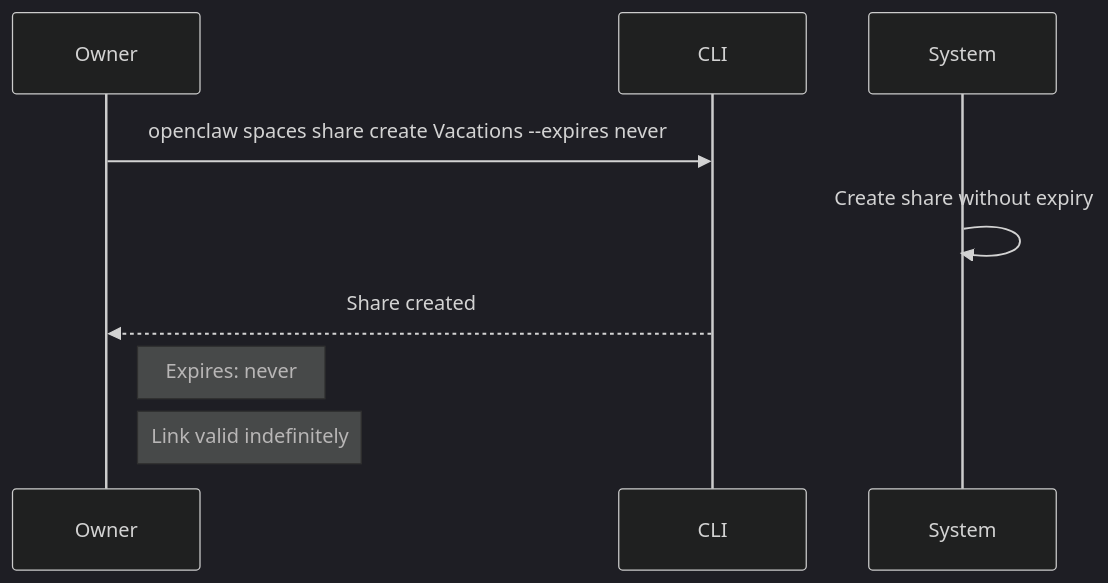
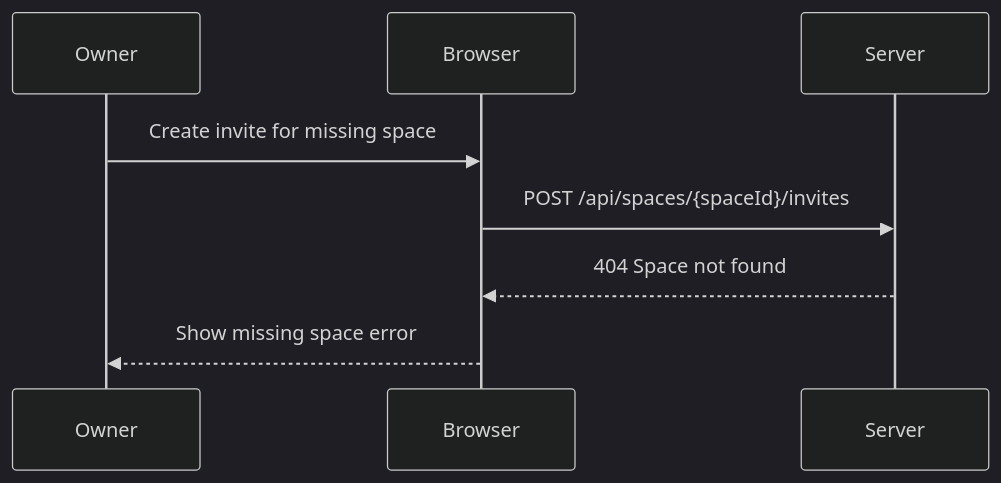
The fourth of 4 diagrams in docs/flows/02-share-space.md (jchadwick/ai-spaces), drawn with Mermaid (dark theme) before and after one commit. The commit also changed other lines of this file and 21 other files, not shown here.

````diff
--- a/docs/flows/02-share-space.md
+++ b/docs/flows/02-share-space.md
@@ -110,12 +66,11 @@
 ```mermaid
 sequenceDiagram
     participant Owner
-    participant CLI
-    participant System
-    
-    Owner->>CLI: openclaw spaces share create Vacations --expires never
-    System->>System: Create share without expiry
-    CLI-->>Owner: Share created
-    Note right of Owner: Expires: never
-    Note right of Owner: Link valid indefinitely
+    participant Browser
+    participant Server
+
+    Owner->>Browser: Create invite for missing space
+    Browser->>Server: POST /api/spaces/{spaceId}/invites
+    Server-->>Browser: 404 Space not found
+    Browser-->>Owner: Show missing space error
 ```
````
